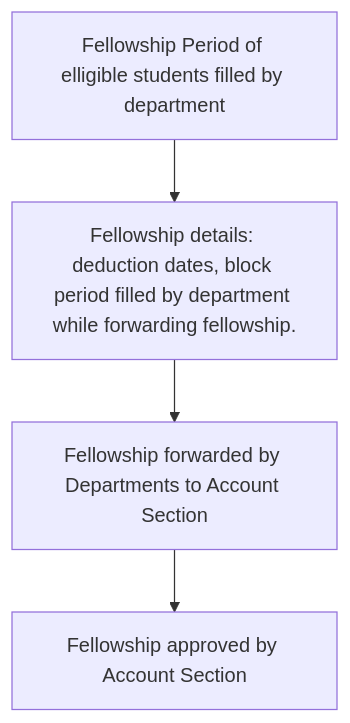
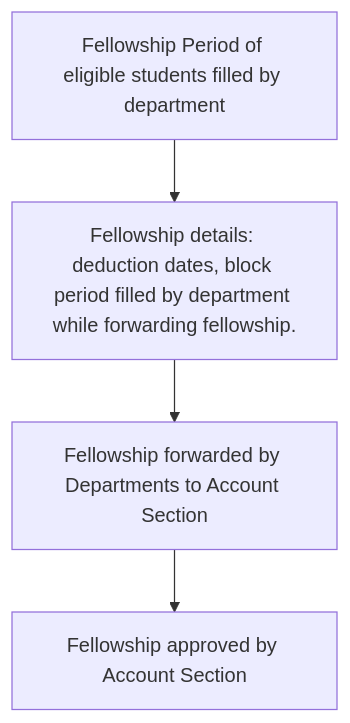
The diagram in docs/fellowship.md (Isha77agarwal/swo-redefined), drawn with Mermaid before and after one commit. The commit also changed 11 other files, not shown here.

````diff
--- a/docs/fellowship.md
+++ b/docs/fellowship.md
@@ -22,6 +22,6 @@
 ```mermaid
 flowchart TD
-    A[Fellowship Period of elligible students filled by department] --> B[Fellowship details: deduction dates, block period filled by department while forwarding fellowship.];
+    A[Fellowship Period of eligible students filled by department] --> B[Fellowship details: deduction dates, block period filled by department while forwarding fellowship.];
     B --> C[Fellowship forwarded by Departments to Account Section]
     C --> D[Fellowship approved by Account Section]
 ```
````
